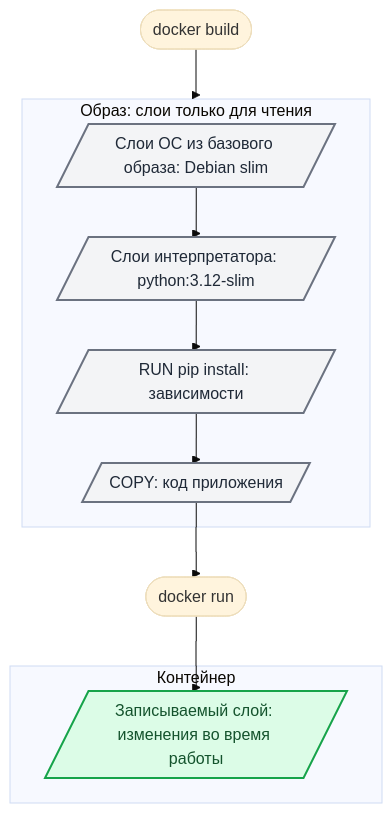
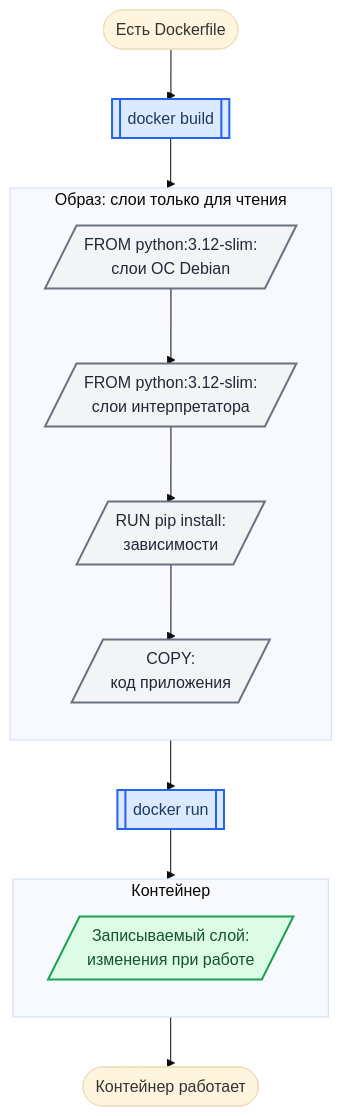
One commit to geminishkv/course_labs changed the second of 3 diagrams in labs/intro/docker_basics.md. Above: the diagram before and after it, drawn with Mermaid (base theme). The commit also changed other lines of this file and 3 other files, not shown here.

First line of the commit message:
docs(diagrams): rework lab diagrams for readability and GOST notation

````diff
--- a/labs/intro/docker_basics.md
+++ b/labs/intro/docker_basics.md
@@ -85,33 +86,43 @@
 ```mermaid
 %%{init: {"flowchart": {"curve": "step"}}}%%
 flowchart TB
     accTitle: Слои образа и контейнера Docker
-    accDescr: Образ собирается сверху вниз по инструкциям Dockerfile из неизменяемых слоёв, а запуск контейнера добавляет один записываемый слой, который удаляется вместе с контейнером.
+    accDescr: Команда docker build собирает образ сверху вниз по инструкциям Dockerfile из неизменяемых слоёв, а docker run добавляет поверх один записываемый слой, который удаляется вместе с контейнером.
 
-    docker_build([docker build])
+    layers_start([Есть Dockerfile])
+    run_build[[docker build]]
 
     subgraph image_layers ["Образ: слои только для чтения"]
-        os_layer[/Слои ОС из базового образа: Debian slim/]
-        python_layer[/Слои интерпретатора: python:3.12-slim/]
-        deps_layer[/RUN pip install: зависимости/]
-        code_layer[/COPY: код приложения/]
+        direction TB
+        os_layer[/"FROM python:3.12-slim:<br/>слои ОС Debian"/]
+        python_layer[/"FROM python:3.12-slim:<br/>слои интерпретатора"/]
+        deps_layer[/"RUN pip install:<br/>зависимости"/]
+        code_layer[/"COPY:<br/>код приложения"/]
         os_layer --> python_layer
         python_layer --> deps_layer
         deps_layer --> code_layer
     end
 
-    docker_run([docker run])
+    run_container[[docker run]]
 
     subgraph container_layer ["Контейнер"]
-        writable_layer[/Записываемый слой: изменения во время работы/]
+        direction TB
+        writable_layer[/"Записываемый слой:<br/>изменения при работе"/]
     end
 
-    docker_build --> image_layers
-    code_layer --> docker_run
-    docker_run --> writable_layer
+    container_running([Контейнер работает])
 
+    layers_start --> run_build
+    run_build --> image_layers
+    image_layers --> run_container
+    run_container --> container_layer
+    container_layer --> container_running
+
+    classDef stage fill:#dbeafe,stroke:#2563eb,stroke-width:2px,color:#1e3a5f
     classDef readonly fill:#f3f4f6,stroke:#6b7280,stroke-width:2px,color:#1f2937
     classDef writable fill:#dcfce7,stroke:#16a34a,stroke-width:2px,color:#14532d
+
+    class run_build,run_container stage
     class os_layer,python_layer,deps_layer,code_layer readonly
     class writable_layer writable
 ```
````
